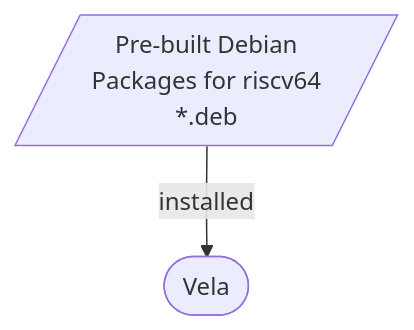
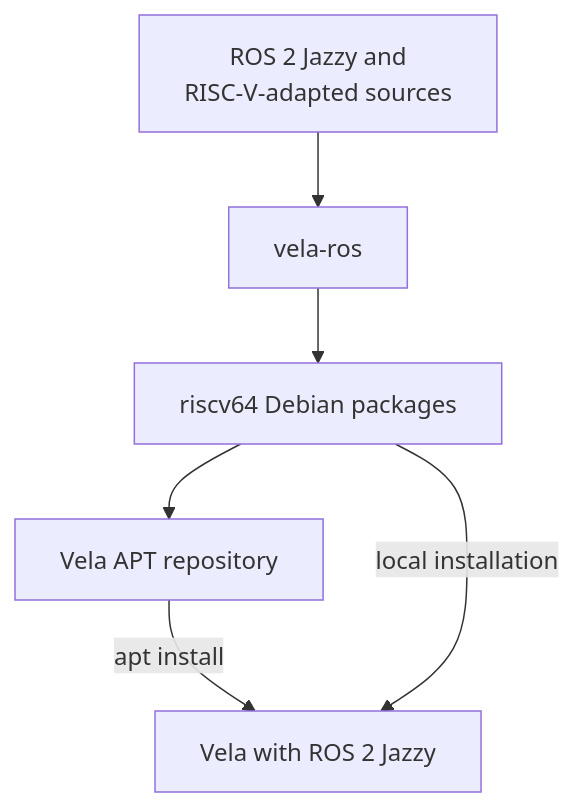
Before and after one commit to junho-falinux/vela-ros: the diagram in README.md, drawn with Mermaid. The commit also changed other lines of this file, not shown here.

````diff
--- a/README.md
+++ b/README.md
@@ -11,9 +12,12 @@
 ```mermaid
 flowchart TB
-    DEBS[/"Pre-built Debian<br/> Packages for riscv64<br/> *.deb"/]
-    click DEBS href "https://github.com/riscv-vela/vela-ros/blob/noble/built-packages.md" "prebuilt packages"
-    ENV(["Vela"])
-    click ENV href "https://github.com/riscv-vela/vela" "Vela repository"
+    SOURCES["ROS 2 Jazzy and<br/>RISC-V-adapted sources"]
+    TOOL["vela-ros"]
+    DEBS["riscv64 Debian packages"]
+    REPO["Vela APT repository"]
+    ENV["Vela with ROS 2 Jazzy"]
 
-    DEBS -->|"installed"| ENV
+    SOURCES --> TOOL --> DEBS
+    DEBS --> REPO -->|"apt install"| ENV
+    DEBS -->|"local installation"| ENV
 ```
````
